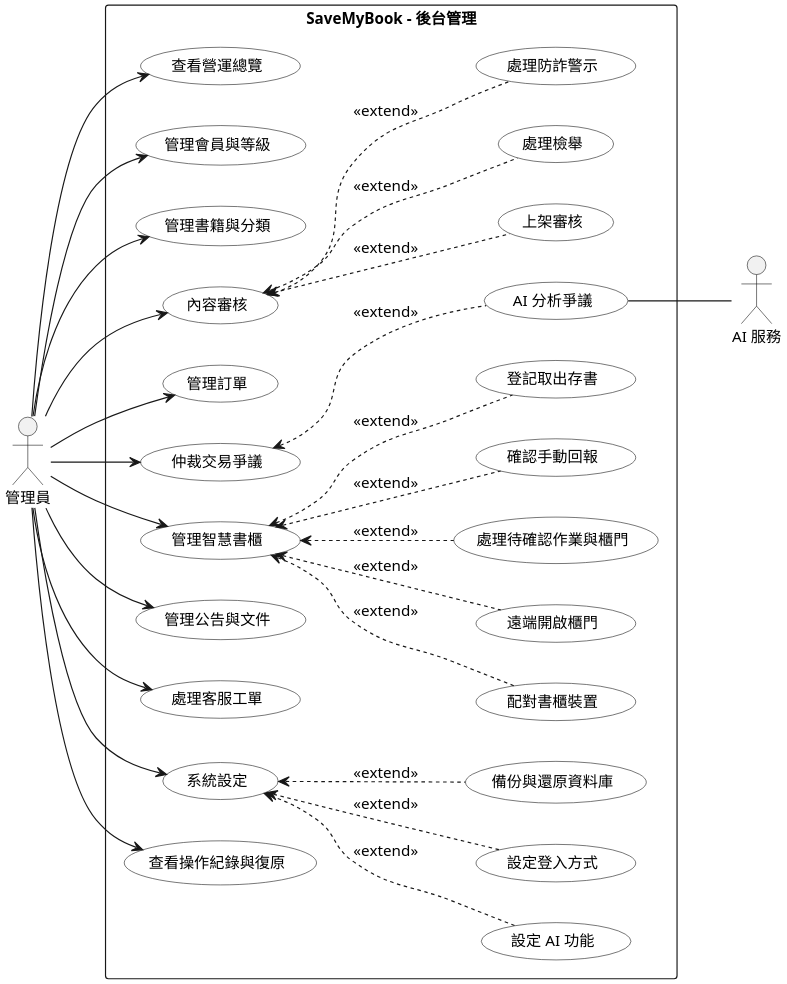
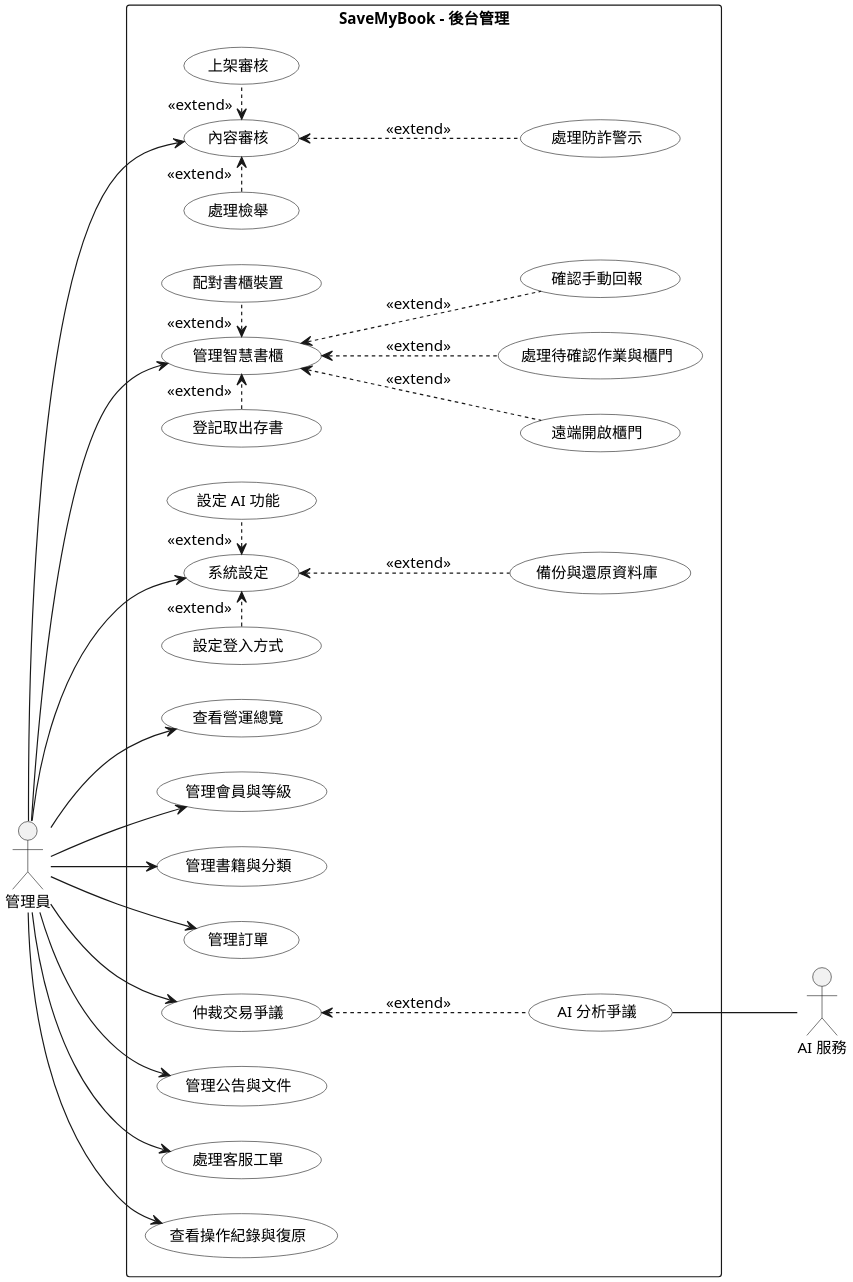
One commit to SaveMyBook/SaveMyBook changed the diagram in Diagrams/Use Case/v3/uc_admin.puml. Above: the diagram before and after it, drawn with PlantUML. The commit also changed 63 other files, not shown here.

```diff
--- a/Diagrams/Use Case/v3/uc_admin.puml
+++ b/Diagrams/Use Case/v3/uc_admin.puml
@@ -1,65 +1,67 @@
 @startuml
 skinparam monochrome true
 skinparam shadowing false
 skinparam dpi 220
 skinparam defaultFontName "PingFang TC"
 skinparam defaultFontSize 13
 skinparam usecase {
   BackgroundColor white
 }
+skinparam nodesep 30
+skinparam ranksep 80
 left to right direction
 
 actor 管理員
 actor "AI 服務" as AI
 
 rectangle "SaveMyBook - 後台管理" {
   usecase "查看營運總覽" as overview
   usecase "管理會員與等級" as members
   usecase "管理書籍與分類" as books
   usecase "內容審核" as moderation
   usecase "上架審核" as review
   usecase "處理檢舉" as report
   usecase "處理防詐警示" as risk
   usecase "管理訂單" as orders
   usecase "仲裁交易爭議" as dispute
   usecase "AI 分析爭議" as aianalysis
   usecase "管理智慧書櫃" as cabinets
   usecase "配對書櫃裝置" as pair
   usecase "遠端開啟櫃門" as remote
   usecase "處理待確認作業與櫃門" as cabreview
   usecase "確認手動回報" as cabmanual
   usecase "登記取出存書" as clear
   usecase "管理公告與文件" as content
   usecase "處理客服工單" as tickets
   usecase "系統設定" as settings
   usecase "設定 AI 功能" as ai
   usecase "設定登入方式" as signin
   usecase "備份與還原資料庫" as backup
   usecase "查看操作紀錄與復原" as logs
 }
 
 管理員 --> overview
 管理員 --> members
 管理員 --> books
 管理員 --> moderation
-moderation <.. review : <<extend>>
-moderation <.. report : <<extend>>
+moderation <. "«extend»" review
+report "«extend»" .> moderation
 moderation <.. risk : <<extend>>
 管理員 --> orders
 管理員 --> dispute
 dispute <.. aianalysis : <<extend>>
 aianalysis -- AI
 管理員 --> cabinets
-cabinets <.. pair : <<extend>>
+cabinets <. "«extend»" pair
 cabinets <.. remote : <<extend>>
 cabinets <.. cabreview : <<extend>>
 cabinets <.. cabmanual : <<extend>>
-cabinets <.. clear : <<extend>>
+clear "«extend»" .> cabinets
 管理員 --> content
 管理員 --> tickets
 管理員 --> settings
-settings <.. ai : <<extend>>
-settings <.. signin : <<extend>>
+settings <. "«extend»" ai
+signin "«extend»" .> settings
 settings <.. backup : <<extend>>
 管理員 --> logs
 @enduml
```
